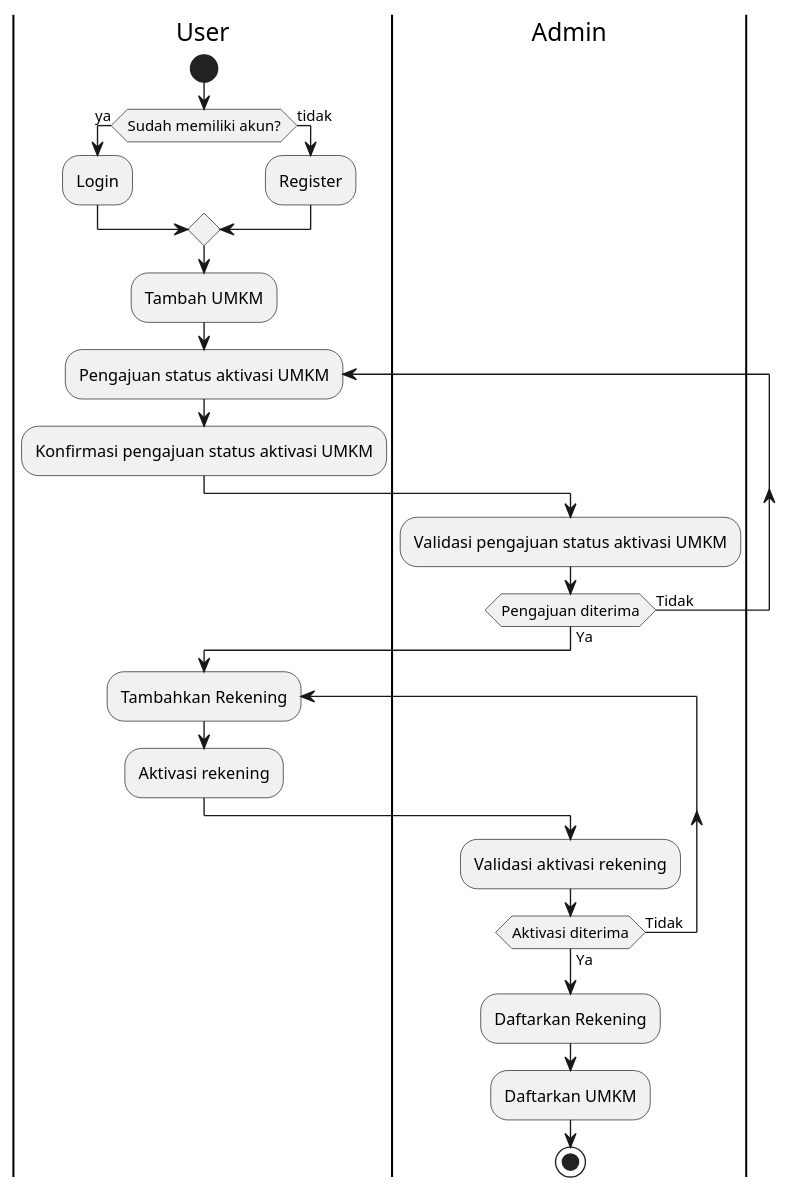
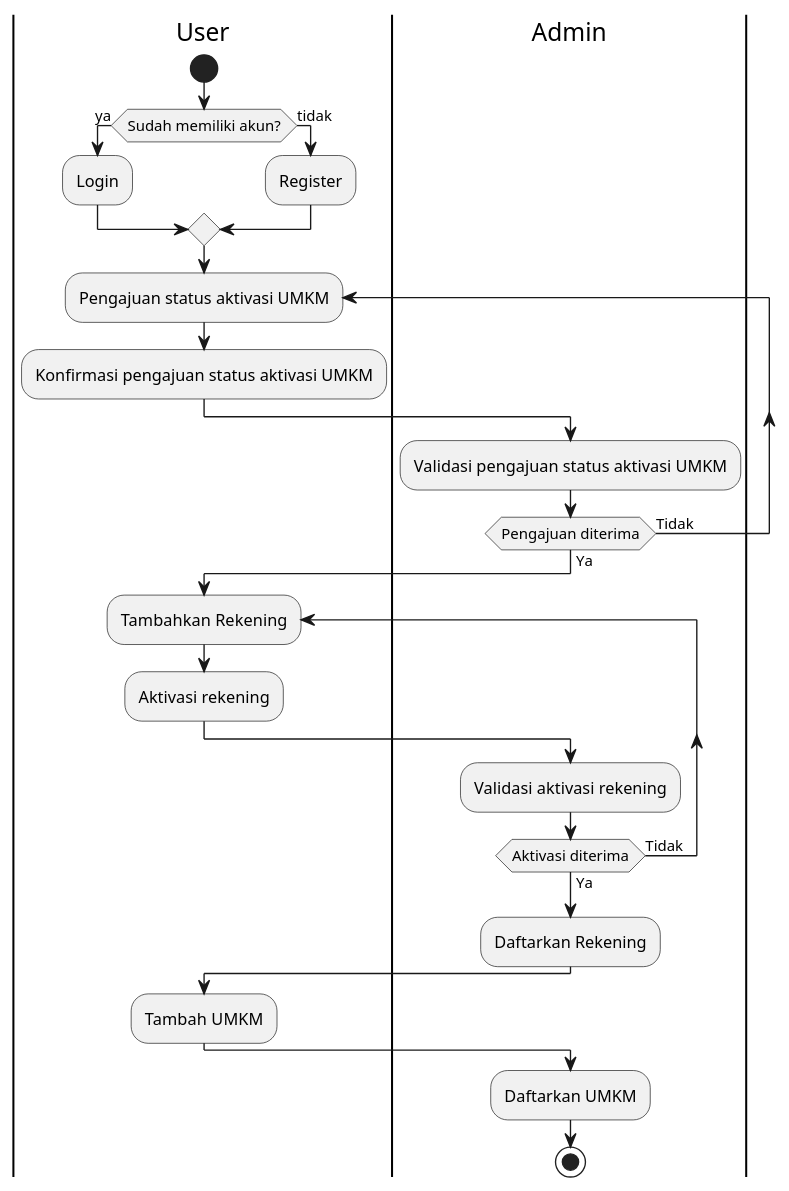
Before and after one commit to vithiaz/ecomm_UMKM_tomohon: the diagram in diagrams/activity_tambah_umkm.puml, drawn with PlantUML. The commit also changed 5 other files, not shown here.

```diff
--- a/diagrams/activity_tambah_umkm.puml
+++ b/diagrams/activity_tambah_umkm.puml
@@ -1,26 +1,28 @@
 @startuml
 
 |User|
 start
 if (Sudah memiliki akun?) then (ya)
     :Login;
 else (tidak)
     :Register;
 endif
 |User|
-:Tambah UMKM;
 repeat :Pengajuan status aktivasi UMKM;
 :Konfirmasi pengajuan status aktivasi UMKM;
 |Admin|
 :Validasi pengajuan status aktivasi UMKM;
 repeat while (Pengajuan diterima) is (Tidak) not (Ya)
 |User|
 repeat :Tambahkan Rekening;
 :Aktivasi rekening;
 |Admin|
 :Validasi aktivasi rekening;
 repeat while (Aktivasi diterima) is (Tidak) not (Ya)
 :Daftarkan Rekening;
+|User|
+:Tambah UMKM;
+|Admin|
 :Daftarkan UMKM;
 stop
 @enduml
```
